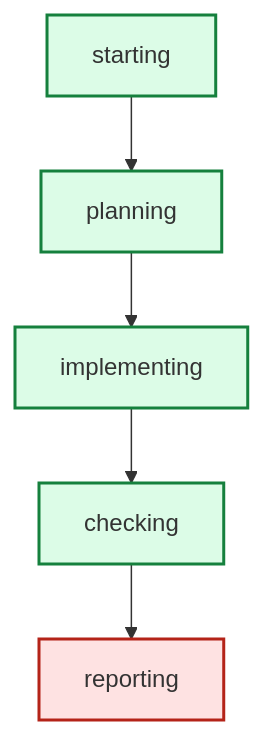
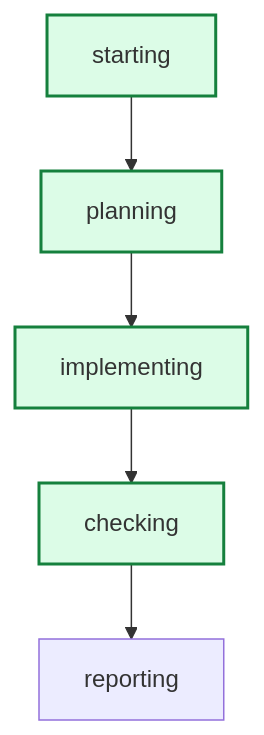
One commit to daniell0gda/hermes-feature-check-dashboard changed the diagram in latest/graph.mmd. Above: the diagram before and after it, drawn with Mermaid. The commit also changed 35 other files, not shown here.

```diff
--- a/latest/graph.mmd
+++ b/latest/graph.mmd
@@ -1,14 +1,13 @@
 graph TD
     starting --> planning
     planning --> implementing
     implementing --> checking
     checking --> reporting
 
 classDef done fill:#dcfce7,stroke:#15803d,stroke-width:2px;
 classDef active fill:#dbeafe,stroke:#2563eb,stroke-width:3px;
 classDef failed fill:#fee2e2,stroke:#b42318,stroke-width:2px;
+class planning done;
+class implementing done;
 class checking done;
-class implementing done;
-class planning done;
 class starting done;
-class reporting failed;
```
